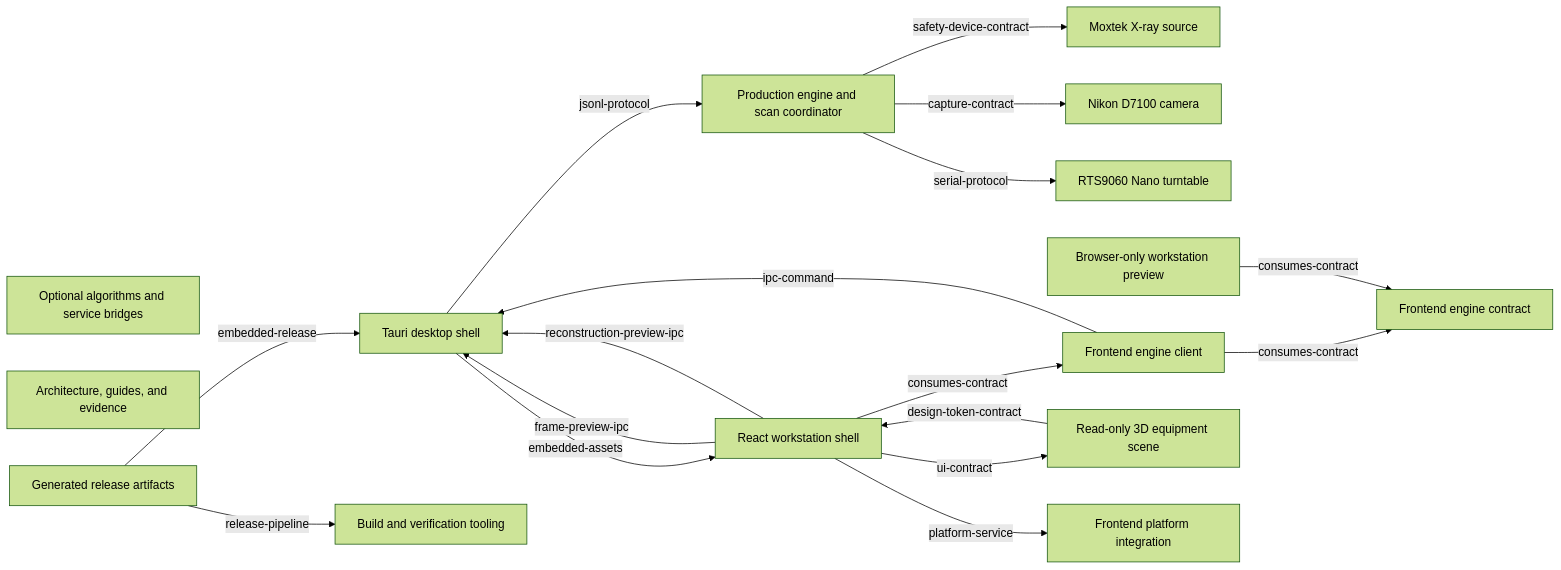
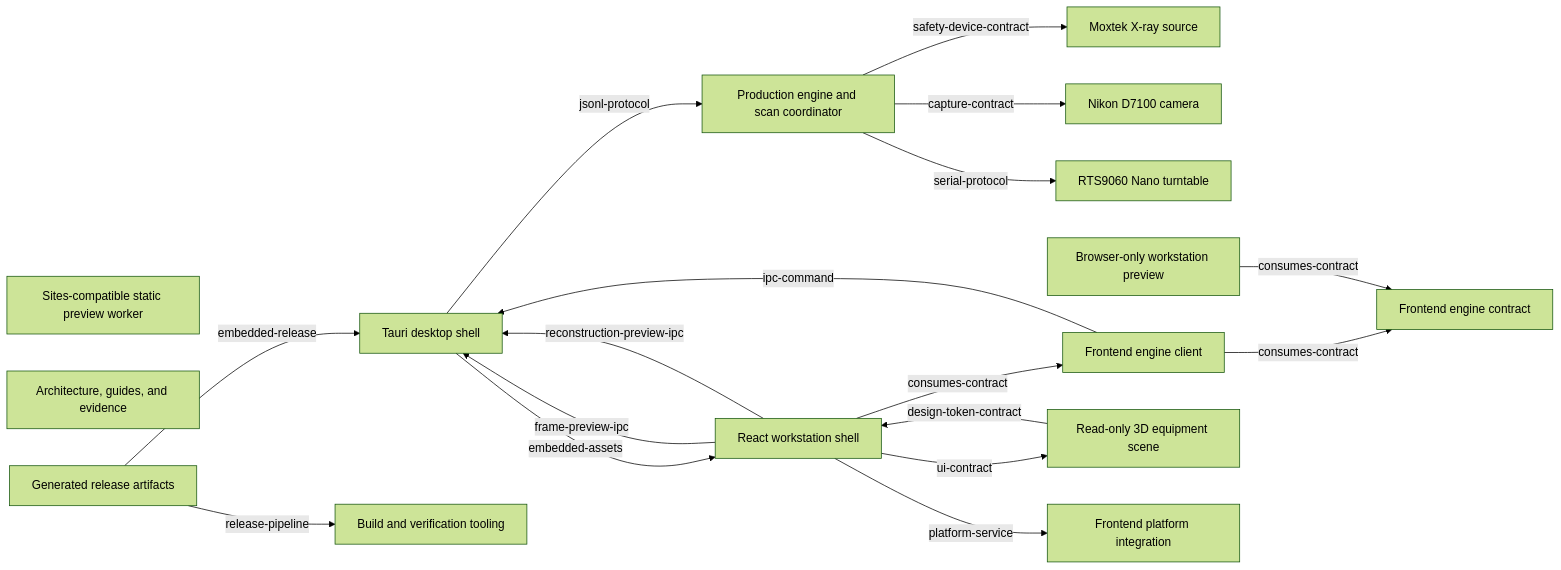
Before and after one commit to Holy1one/Micro-CT-Workstation: the diagram in docs/architecture/module-graph.md, drawn with Mermaid (forest theme). The commit also changed other lines of this file and 7 other files, not shown here.

````diff
--- a/docs/architecture/module-graph.md
+++ b/docs/architecture/module-graph.md
@@ -8,34 +8,34 @@
 ```mermaid
 flowchart LR
   engine_core["Production engine and scan coordinator"]
   device_xray["Moxtek X-ray source"]
   device_camera["Nikon D7100 camera"]
   device_turntable["RTS9060 Nano turntable"]
   desktop_shell["Tauri desktop shell"]
   frontend_contract["Frontend engine contract"]
   frontend_client["Frontend engine client"]
   developer_preview["Browser-only workstation preview"]
   ui_shell["React workstation shell"]
   scene["Read-only 3D equipment scene"]
   platform["Frontend platform integration"]
   build_tooling["Build and verification tooling"]
-  extensions["Optional algorithms and service bridges"]
+  extensions["Sites-compatible static preview worker"]
   documentation["Architecture, guides, and evidence"]
   release_artifacts["Generated release artifacts"]
   release_artifacts -->|release-pipeline| build_tooling
   release_artifacts -->|embedded-release| desktop_shell
   desktop_shell -->|embedded-assets| ui_shell
   ui_shell -->|consumes-contract| frontend_client
   frontend_client -->|consumes-contract| frontend_contract
   developer_preview -->|consumes-contract| frontend_contract
   frontend_client -->|ipc-command| desktop_shell
   ui_shell -->|frame-preview-ipc| desktop_shell
   ui_shell -->|reconstruction-preview-ipc| desktop_shell
   desktop_shell -->|jsonl-protocol| engine_core
   engine_core -->|safety-device-contract| device_xray
   engine_core -->|capture-contract| device_camera
   engine_core -->|serial-protocol| device_turntable
   ui_shell -->|ui-contract| scene
   scene -->|design-token-contract| ui_shell
   ui_shell -->|platform-service| platform
 ```
````
